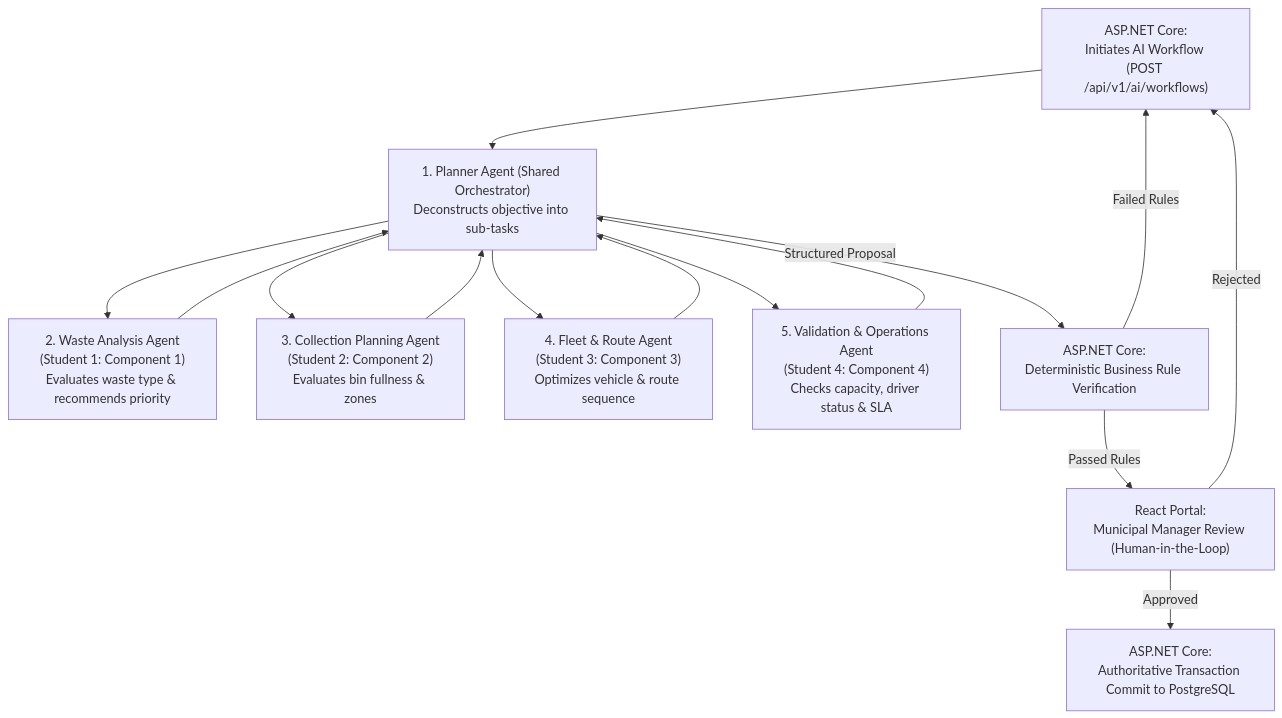
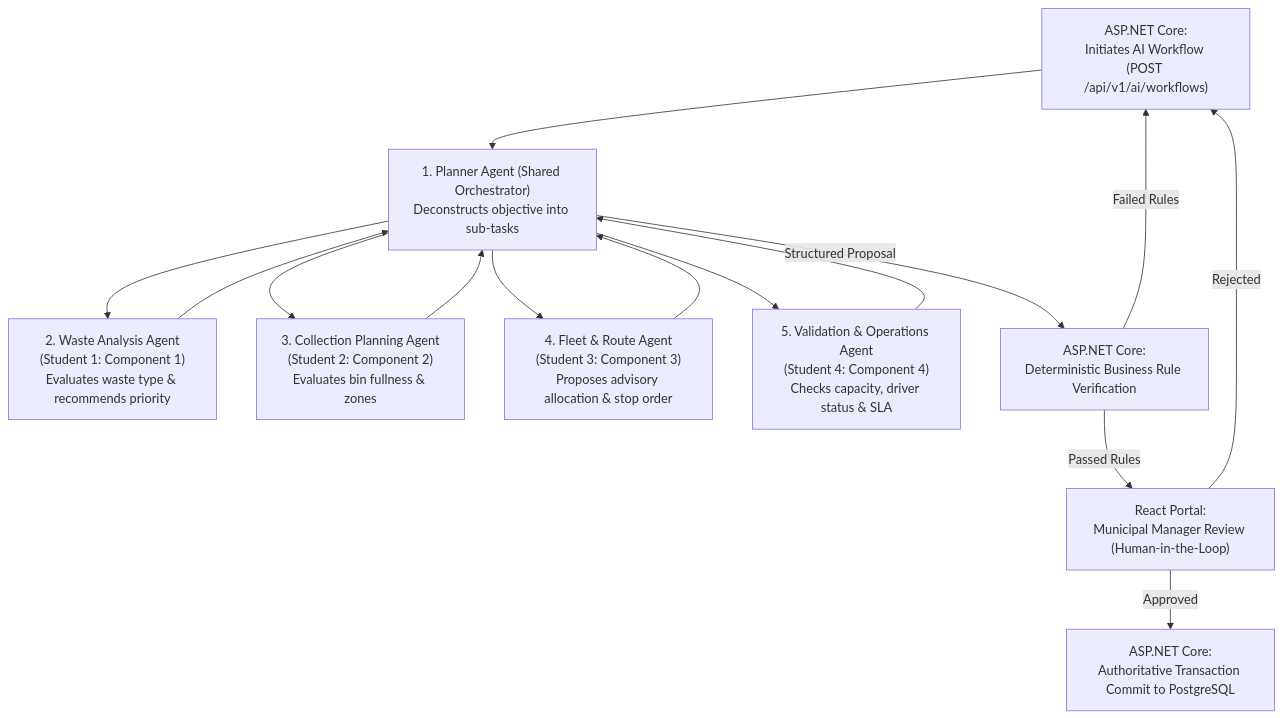
Before and after one commit to Ann-Sanchala-Kavindi/BinIt: the second of 3 diagrams in docs/architecture.md, drawn with Mermaid. The commit also changed other lines of this file and 39 other files, not shown here.

````diff
--- a/docs/architecture.md
+++ b/docs/architecture.md
@@ -258,31 +264,31 @@
 ```mermaid
 flowchart TD
     Initiate["ASP.NET Core:\nInitiates AI Workflow (POST /api/v1/ai/workflows)"]
     Planner["1. Planner Agent (Shared Orchestrator)\nDeconstructs objective into sub-tasks"]
     
     WasteAgent["2. Waste Analysis Agent\n(Student 1: Component 1)\nEvaluates waste type & recommends priority"]
     CollectionAgent["3. Collection Planning Agent\n(Student 2: Component 2)\nEvaluates bin fullness & zones"]
-    FleetAgent["4. Fleet & Route Agent\n(Student 3: Component 3)\nOptimizes vehicle & route sequence"]
+    FleetAgent["4. Fleet & Route Agent\n(Student 3: Component 3)\nProposes advisory allocation & stop order"]
     ValidationAgent["5. Validation & Operations Agent\n(Student 4: Component 4)\nChecks capacity, driver status & SLA"]
 
     Deterministic["ASP.NET Core:\nDeterministic Business Rule Verification"]
     ManagerReview["React Portal:\nMunicipal Manager Review (Human-in-the-Loop)"]
     Commit["ASP.NET Core:\nAuthoritative Transaction Commit to PostgreSQL"]
 
     Initiate --> Planner
     Planner --> WasteAgent
     Planner --> CollectionAgent
     Planner --> FleetAgent
     Planner --> ValidationAgent
 
     WasteAgent --> Planner
     CollectionAgent --> Planner
     FleetAgent --> Planner
     ValidationAgent --> Planner
 
     Planner -->|Structured Proposal| Deterministic
     Deterministic -->|Passed Rules| ManagerReview
     Deterministic -->|Failed Rules| Initiate
     ManagerReview -->|Approved| Commit
     ManagerReview -->|Rejected| Initiate
 ```
````
